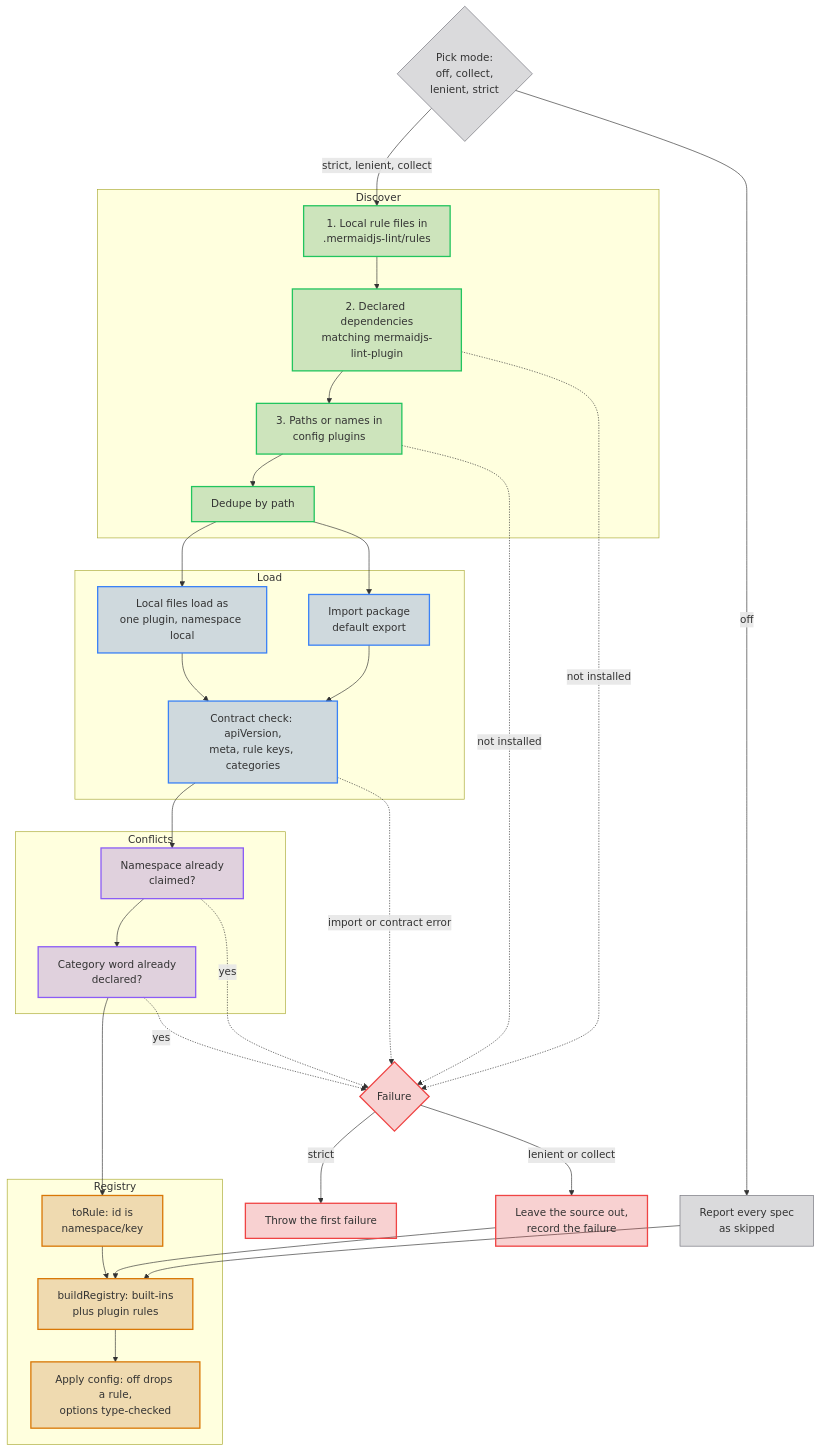
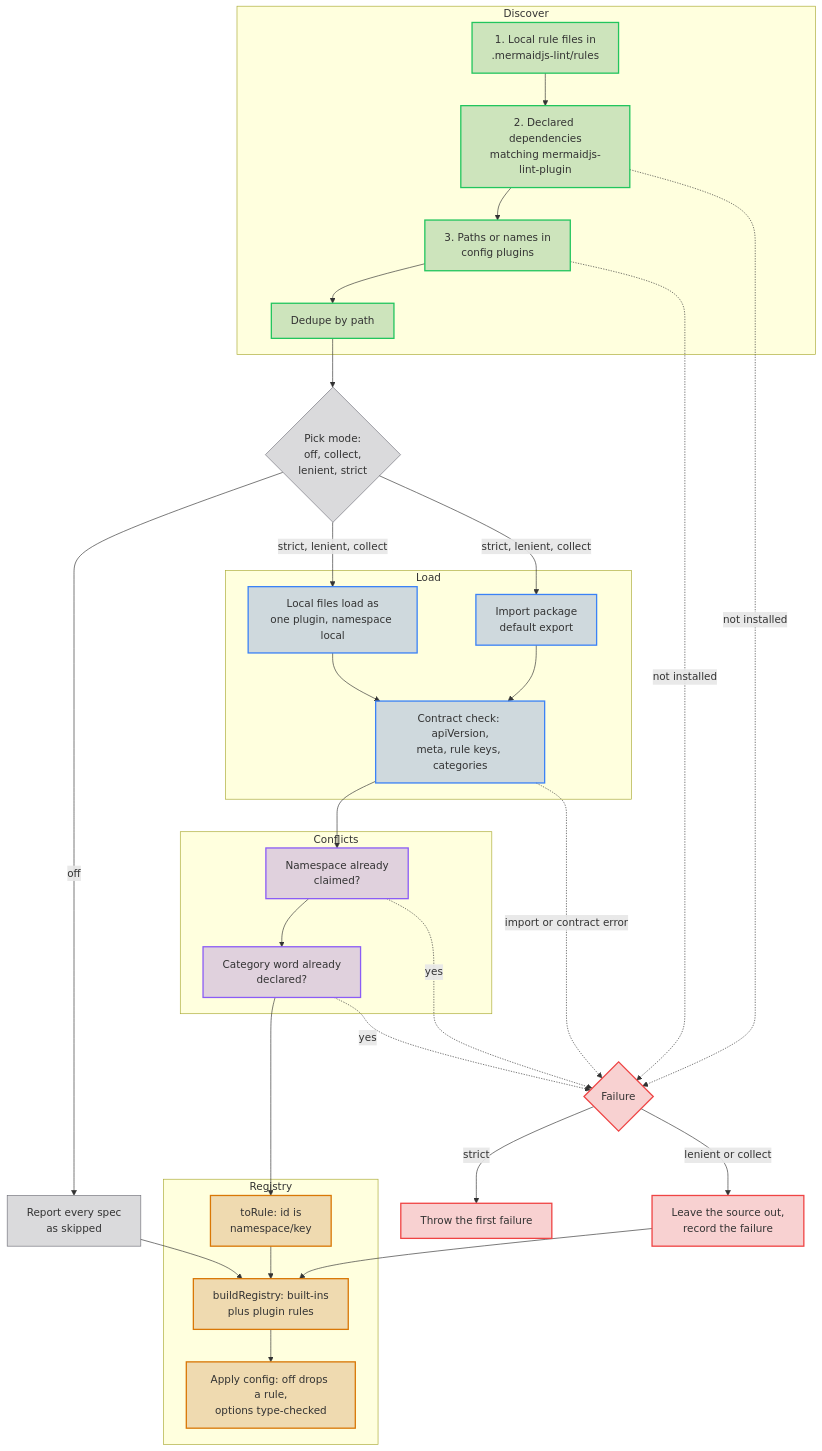
One commit to jpeakai/jpai-mermaidjs-lint changed the diagram in docs-site/diagrams/plugin-loading-detail.md. Above: the diagram before and after it, drawn with Mermaid. The commit also changed 63 other files, not shown here.

````diff
--- a/docs-site/diagrams/plugin-loading-detail.md
+++ b/docs-site/diagrams/plugin-loading-detail.md
@@ -1,57 +1,56 @@
 ```mermaid
 flowchart TB
     PM{"Pick mode:<br/>off, collect,<br/>lenient, strict"}
     subgraph Discover
         D1["1. Local rule files in<br/>.mermaidjs-lint/rules"]
         D2["2. Declared dependencies<br/>matching mermaidjs-lint-plugin"]
         D3["3. Paths or names in<br/>config plugins"]
         DD["Dedupe by path"]
     end
     subgraph Load
         LL["Local files load as<br/>one plugin, namespace local"]
         LP["Import package<br/>default export"]
         CC["Contract check: apiVersion,<br/>meta, rule keys, categories"]
     end
     subgraph Conflicts
         NS["Namespace already<br/>claimed?"]
         CW["Category word already<br/>declared?"]
     end
     subgraph Registry
         TR["toRule: id is<br/>namespace/key"]
         BR["buildRegistry: built-ins<br/>plus plugin rules"]
         AC["Apply config: off drops a rule,<br/>options type-checked"]
     end
     F{"Failure"}
     X["Throw the first failure"]
     S["Leave the source out,<br/>record the failure"]
     K["Report every spec<br/>as skipped"]
 
-    PM -->|"strict, lenient, collect"| D1
+    D1 --> D2 --> D3 --> DD --> PM
     PM -->|off| K
     K --> BR
-    D1 --> D2 --> D3 --> DD
-    DD --> LL --> CC
-    DD --> LP --> CC
+    PM -->|"strict, lenient, collect"| LL --> CC
+    PM -->|"strict, lenient, collect"| LP --> CC
     CC --> NS --> CW --> TR --> BR --> AC
     D2 -. "not installed" .-> F
     D3 -. "not installed" .-> F
     CC -. "import or contract error" .-> F
     NS -. "yes" .-> F
     CW -. "yes" .-> F
     F -->|strict| X
     F -->|"lenient or collect"| S
     S --> BR
 
     classDef discoverTint fill:#15803d36,stroke:#22c55e,stroke-width:2px
     classDef loadTint fill:#1d4ed836,stroke:#3b82f6,stroke-width:2px
     classDef conflictTint fill:#6d28d936,stroke:#8b5cf6,stroke-width:2px
     classDef registryTint fill:#b4530936,stroke:#d97706,stroke-width:2px
     classDef failTint fill:#dc262636,stroke:#ef4444,stroke-width:2px
     classDef modeTint fill:#52525b36,stroke:#71717a,stroke-width:1px
     class D1,D2,D3,DD discoverTint
     class LL,LP,CC loadTint
     class NS,CW conflictTint
     class TR,BR,AC registryTint
     class F,X,S failTint
     class PM,K modeTint
 ```
````
